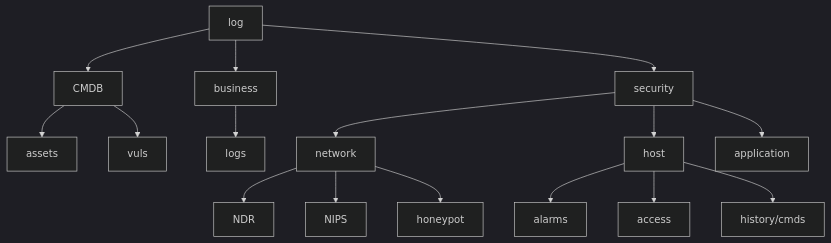
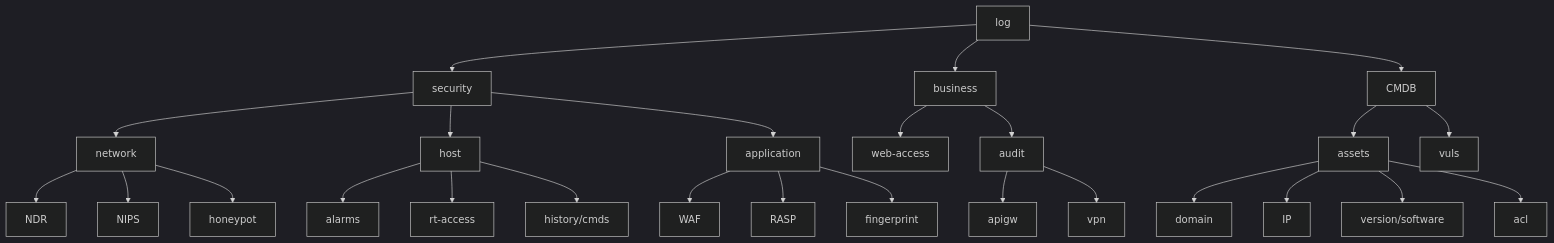
Before and after one commit to Jayway007/Offense-and-Defense: the diagram in Defense/Security-Operation/IPDRR/Detect/Log-integration/README.md, drawn with Mermaid (dark theme).

````diff
--- a/Defense/Security-Operation/IPDRR/Detect/Log-integration/README.md
+++ b/Defense/Security-Operation/IPDRR/Detect/Log-integration/README.md
@@ -6,19 +6,37 @@
  ```mermaid
 graph TD;
     log-->security;
     log-->business;
     log-->CMDB;
+    
     CMDB-->assets;
     CMDB-->vuls;
-    business-->logs;
+    
+    assets-->domain;
+    assets-->IP;
+    assets-->version/software;
+    assets-->acl;
+    
+    business-->web-access;
+    business-->audit;
+    audit-->apigw;
+    audit-->vpn;
+    
     security-->network;
     security-->host;
     security-->application;
+    
     host-->alarms;
-    host-->access;
+    host-->rt-access;
     host-->history/cmds;
+    
+    
     network-->NDR;
     network-->NIPS;
     network-->honeypot;
     
+    application-->WAF;
+    application-->RASP;
+    application-->fingerprint;
+    
 ```
````
